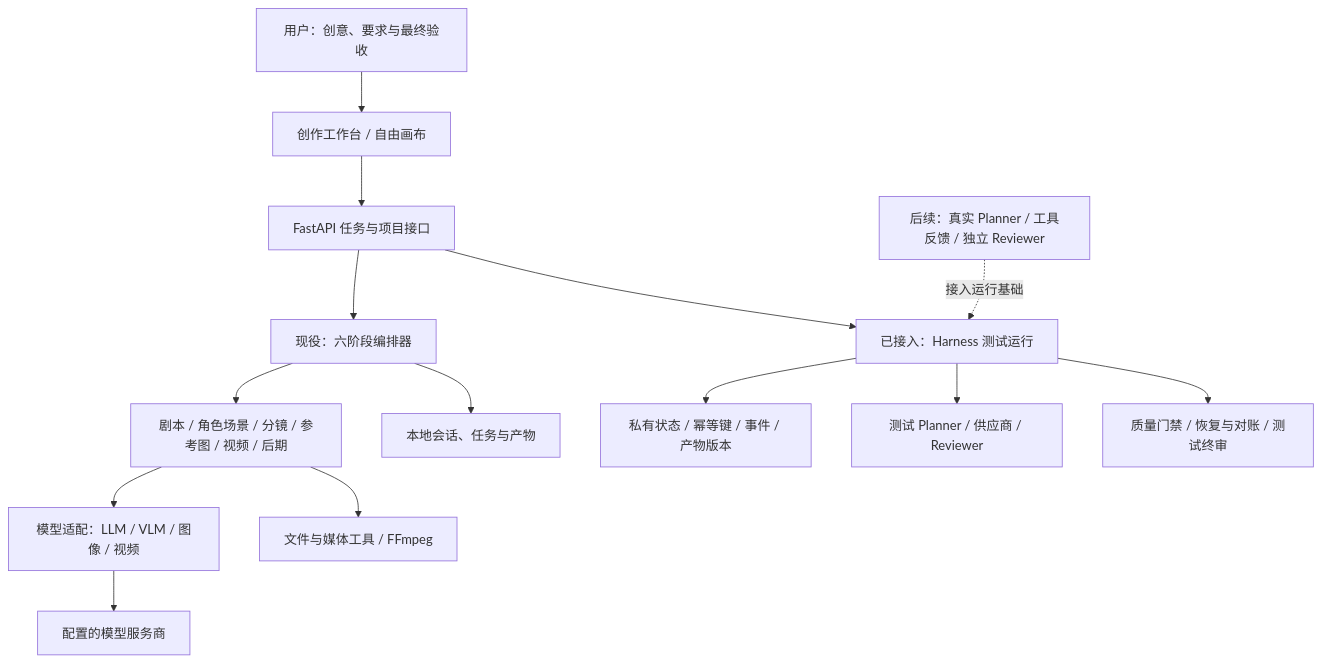
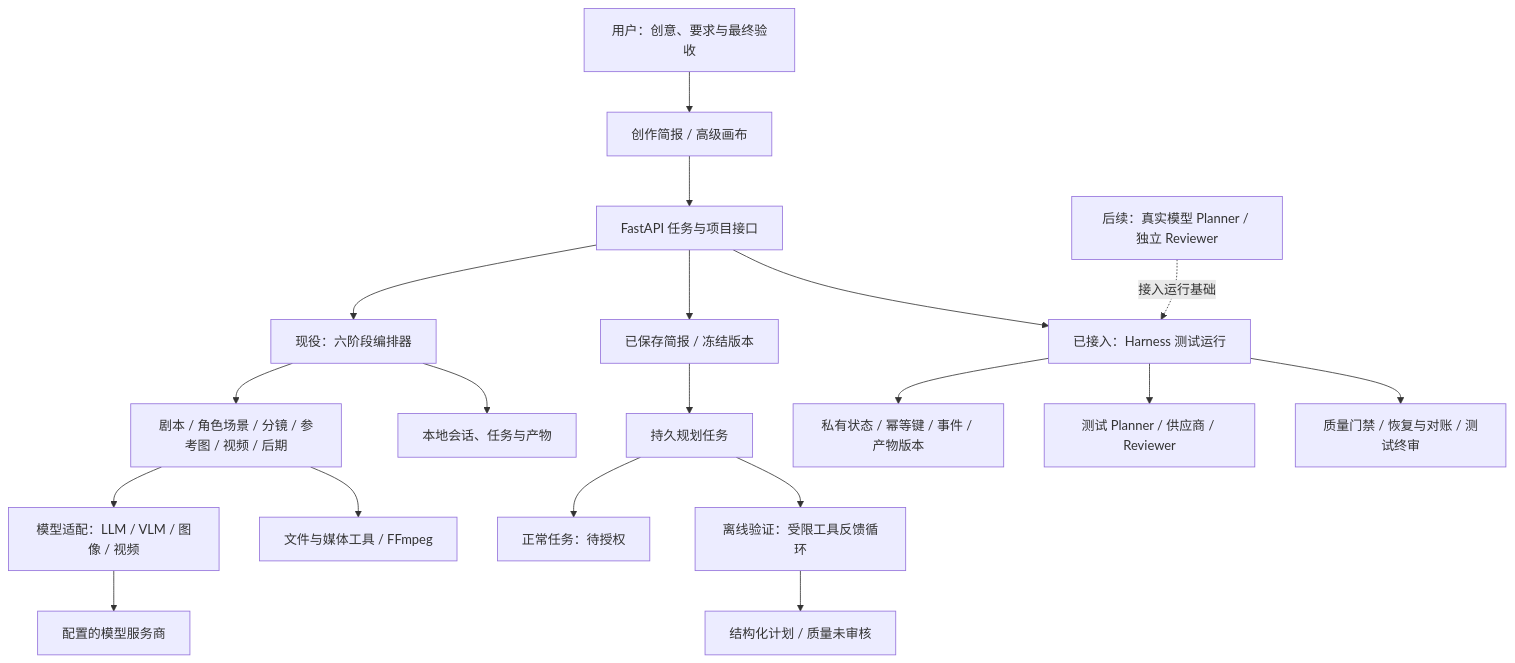
One commit to leo-ai-pm/LeonTV changed the diagram in README.md. Above: the diagram before and after it, drawn with Mermaid. The commit also changed other lines of this file and 25 other files, not shown here.

````diff
--- a/README.md
+++ b/README.md
@@ -68,16 +69,21 @@
 ```mermaid
 flowchart TD
-    User[用户：创意、要求与最终验收] --> UI[创作工作台 / 自由画布]
+    User[用户：创意、要求与最终验收] --> UI[创作简报 / 高级画布]
     UI --> API[FastAPI 任务与项目接口]
     API --> Workflow[现役：六阶段编排器]
     Workflow --> Agents[剧本 / 角色场景 / 分镜 / 参考图 / 视频 / 后期]
     Agents --> Models[模型适配：LLM / VLM / 图像 / 视频]
     Agents --> Tools[文件与媒体工具 / FFmpeg]
     Workflow --> Store[本地会话、任务与产物]
     Models --> Providers[配置的模型服务商]
+    API --> Brief[已保存简报 / 冻结版本]
+    Brief --> Planner[持久规划任务]
+    Planner --> Wait[正常任务：待授权]
+    Planner --> Loop[离线验证：受限工具反馈循环]
+    Loop --> Plan[结构化计划 / 质量未审核]
     API --> Runtime[已接入：Harness 测试运行]
     Runtime --> Private[私有状态 / 幂等键 / 事件 / 产物版本]
     Runtime --> Fixtures[测试 Planner / 供应商 / Reviewer]
     Runtime --> Gates[质量门禁 / 恢复与对账 / 测试终审]
-    Harness[后续：真实 Planner / 工具反馈 / 独立 Reviewer] -.接入运行基础.-> Runtime
+    Harness[后续：真实模型 Planner / 独立 Reviewer] -.接入运行基础.-> Runtime
 ```
````
